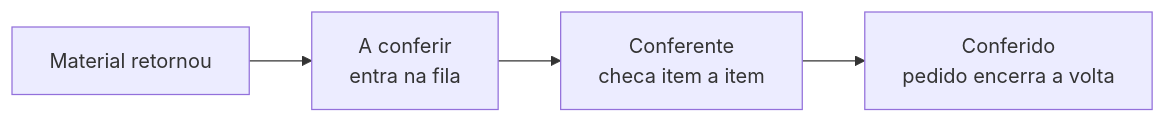
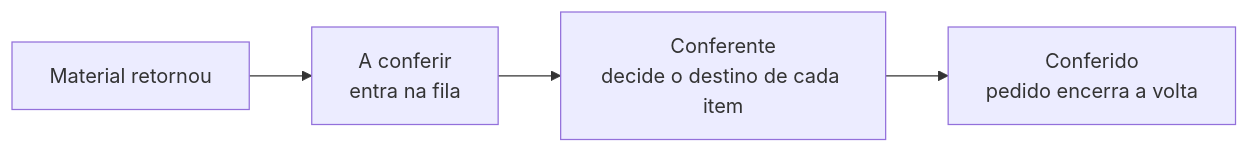
Before and after one commit to LocFlowTeam/locflow-docs: the diagram in logistica/conferencia.md, drawn with Mermaid. The commit also changed other lines of this file and 1 other file, not shown here.

````diff
--- a/logistica/conferencia.md
+++ b/logistica/conferencia.md
@@ -26,6 +26,6 @@
 ```mermaid
 flowchart LR
     RET[Material retornou] --> AC[A conferir<br/>entra na fila]
-    AC --> CHK[Conferente<br/>checa item a item]
+    AC --> CHK[Conferente<br/>decide o destino de cada item]
     CHK --> CON[Conferido<br/>pedido encerra a volta]
 ```
````
